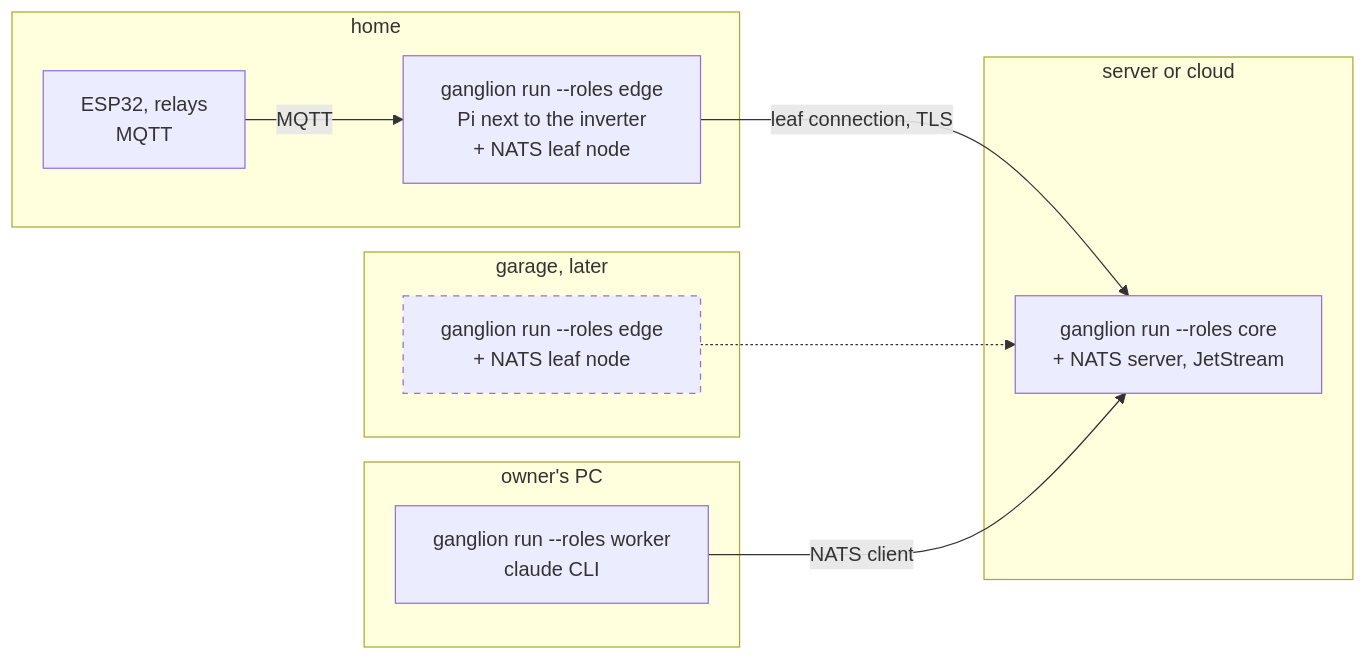
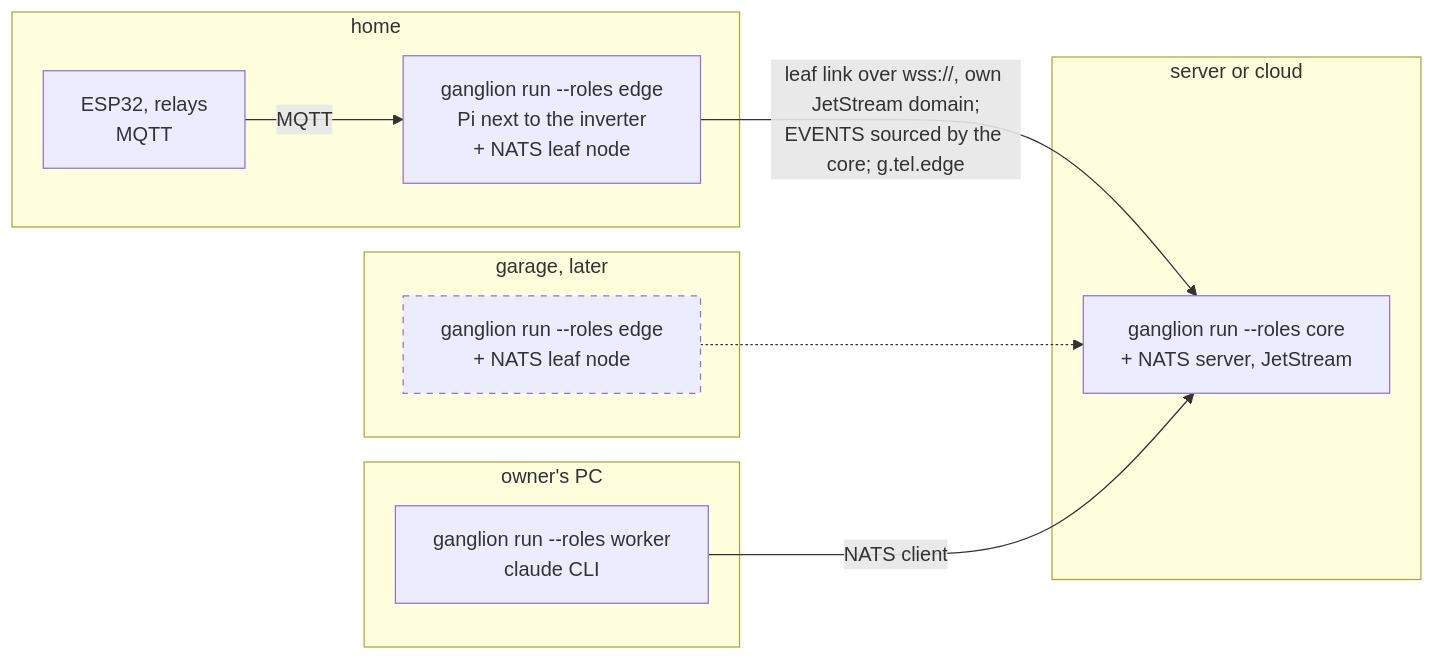
The third of 3 diagrams in docs/architecture/02-containers.md (igorrius/ganglion), drawn with Mermaid before and after one commit. The commit also changed other lines of this file and 47 other files, not shown here.

First line of the commit message:
edge: the edge role runs modules on a leaf, telemetry to the core, a /status line per edge (#321)

````diff
--- a/docs/architecture/02-containers.md
+++ b/docs/architecture/02-containers.md
@@ -117,23 +123,23 @@
 ```mermaid
 flowchart LR
     subgraph server["server or cloud"]
         cn["ganglion run --roles core<br/>+ NATS server, JetStream"]
     end
     subgraph home["home"]
         e1["ganglion run --roles edge<br/>Pi next to the inverter<br/>+ NATS leaf node"]
         esp["ESP32, relays<br/>MQTT"]
     end
     subgraph garage["garage, later"]
         e2["ganglion run --roles edge<br/>+ NATS leaf node"]
     end
     subgraph pc["owner's PC"]
         wk["ganglion run --roles worker<br/>claude CLI"]
     end
-    e1 -- "leaf connection, TLS" --> cn
+    e1 -- "leaf link over wss://, own JetStream domain;<br/>EVENTS sourced by the core; g.tel.edge" --> cn
     e2 -.-> cn
     wk -- "NATS client" --> cn
     esp -- "MQTT" --> e1
 
     classDef planned stroke-dasharray: 5 5
     class e2 planned
 ```
````
